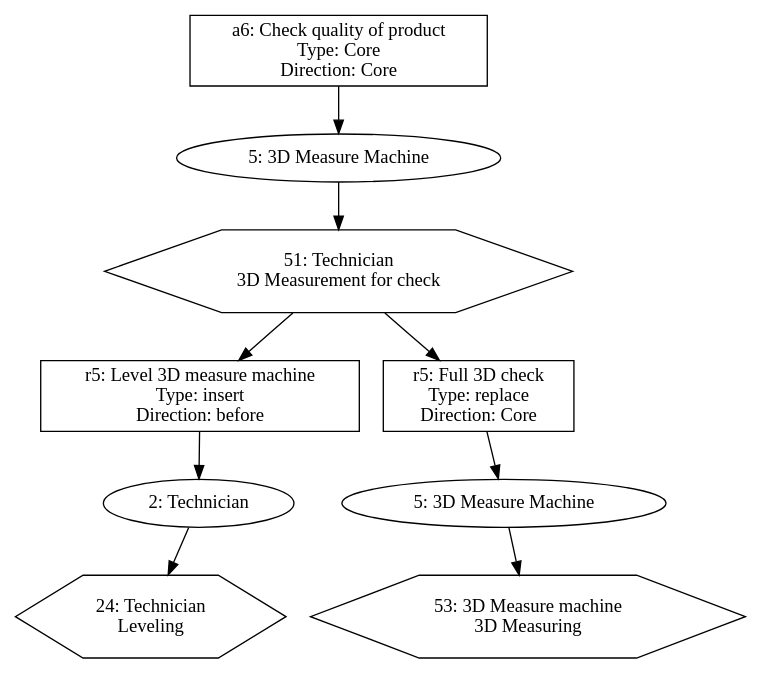
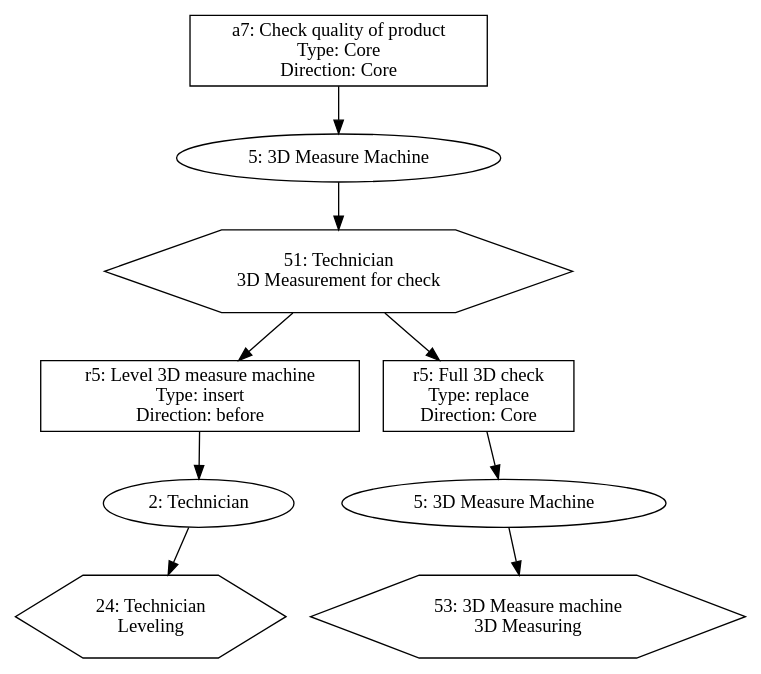
One commit to Schlixmann/RA-RPST-Allocation changed the diagram in tree_allocation/tree/tmp/call_tree.dot. Above: the diagram before and after it, drawn with Graphviz. The commit also changed 22 other files, not shown here.

```diff
--- a/tree_allocation/tree/tmp/call_tree.dot
+++ b/tree_allocation/tree/tmp/call_tree.dot
@@ -1,28 +1,28 @@
 digraph CallTree {
-	"aca0ed4a-9b7b-11ee-9ced-04cf4b795879" [label = "a6: Check quality of product 
+	"0dcec6ba-9d01-11ee-80bd-04cf4b795879" [label = "a7: Check quality of product 
  Type: Core 
  Direction: Core" shape=rectangle]	; 
-	"aca0f718-9b7b-11ee-9ced-04cf4b795879" [label = "5: 3D Measure Machine"]	; 
-	"aca0ed4a-9b7b-11ee-9ced-04cf4b795879" -> "aca0f718-9b7b-11ee-9ced-04cf4b795879"	 ;
-	"aca0fa7e-9b7b-11ee-9ced-04cf4b795879" [label = "51: Technician 
+	"0dcecf0c-9d01-11ee-80bd-04cf4b795879" [label = "5: 3D Measure Machine"]	; 
+	"0dcec6ba-9d01-11ee-80bd-04cf4b795879" -> "0dcecf0c-9d01-11ee-80bd-04cf4b795879"	 ;
+	"0dced0e2-9d01-11ee-80bd-04cf4b795879" [label = "51: Technician 
  3D Measurement for check" shape=polygon sides=6]	; 
-	"aca0f718-9b7b-11ee-9ced-04cf4b795879" -> "aca0fa7e-9b7b-11ee-9ced-04cf4b795879"	 ;
-	"aca0fc86-9b7b-11ee-9ced-04cf4b795879" [label = "r5: Level 3D measure machine 
+	"0dcecf0c-9d01-11ee-80bd-04cf4b795879" -> "0dced0e2-9d01-11ee-80bd-04cf4b795879"	 ;
+	"0dced1e6-9d01-11ee-80bd-04cf4b795879" [label = "r5: Level 3D measure machine 
  Type: insert 
  Direction: before" shape=rectangle]	; 
-	"aca0fa7e-9b7b-11ee-9ced-04cf4b795879" -> "aca0fc86-9b7b-11ee-9ced-04cf4b795879"	 ;
-	"aca1008c-9b7b-11ee-9ced-04cf4b795879" [label = "2: Technician"]	; 
-	"aca0fc86-9b7b-11ee-9ced-04cf4b795879" -> "aca1008c-9b7b-11ee-9ced-04cf4b795879"	 ;
-	"aca103b6-9b7b-11ee-9ced-04cf4b795879" [label = "24: Technician 
+	"0dced0e2-9d01-11ee-80bd-04cf4b795879" -> "0dced1e6-9d01-11ee-80bd-04cf4b795879"	 ;
+	"0dced3e4-9d01-11ee-80bd-04cf4b795879" [label = "2: Technician"]	; 
+	"0dced1e6-9d01-11ee-80bd-04cf4b795879" -> "0dced3e4-9d01-11ee-80bd-04cf4b795879"	 ;
+	"0dced574-9d01-11ee-80bd-04cf4b795879" [label = "24: Technician 
  Leveling" shape=polygon sides=6]	; 
-	"aca1008c-9b7b-11ee-9ced-04cf4b795879" -> "aca103b6-9b7b-11ee-9ced-04cf4b795879"	 ;
-	"aca10582-9b7b-11ee-9ced-04cf4b795879" [label = "r5: Full 3D check 
+	"0dced3e4-9d01-11ee-80bd-04cf4b795879" -> "0dced574-9d01-11ee-80bd-04cf4b795879"	 ;
+	"0dced63c-9d01-11ee-80bd-04cf4b795879" [label = "r5: Full 3D check 
  Type: replace 
  Direction: Core" shape=rectangle]	; 
-	"aca0fa7e-9b7b-11ee-9ced-04cf4b795879" -> "aca10582-9b7b-11ee-9ced-04cf4b795879"	 ;
-	"aca109e2-9b7b-11ee-9ced-04cf4b795879" [label = "5: 3D Measure Machine"]	; 
-	"aca10582-9b7b-11ee-9ced-04cf4b795879" -> "aca109e2-9b7b-11ee-9ced-04cf4b795879"	 ;
-	"aca10d34-9b7b-11ee-9ced-04cf4b795879" [label = "53: 3D Measure machine 
+	"0dced0e2-9d01-11ee-80bd-04cf4b795879" -> "0dced63c-9d01-11ee-80bd-04cf4b795879"	 ;
+	"0dced7fe-9d01-11ee-80bd-04cf4b795879" [label = "5: 3D Measure Machine"]	; 
+	"0dced63c-9d01-11ee-80bd-04cf4b795879" -> "0dced7fe-9d01-11ee-80bd-04cf4b795879"	 ;
+	"0dced952-9d01-11ee-80bd-04cf4b795879" [label = "53: 3D Measure machine 
  3D Measuring" shape=polygon sides=6]	; 
-	"aca109e2-9b7b-11ee-9ced-04cf4b795879" -> "aca10d34-9b7b-11ee-9ced-04cf4b795879"	 ;
+	"0dced7fe-9d01-11ee-80bd-04cf4b795879" -> "0dced952-9d01-11ee-80bd-04cf4b795879"	 ;
 }
```
